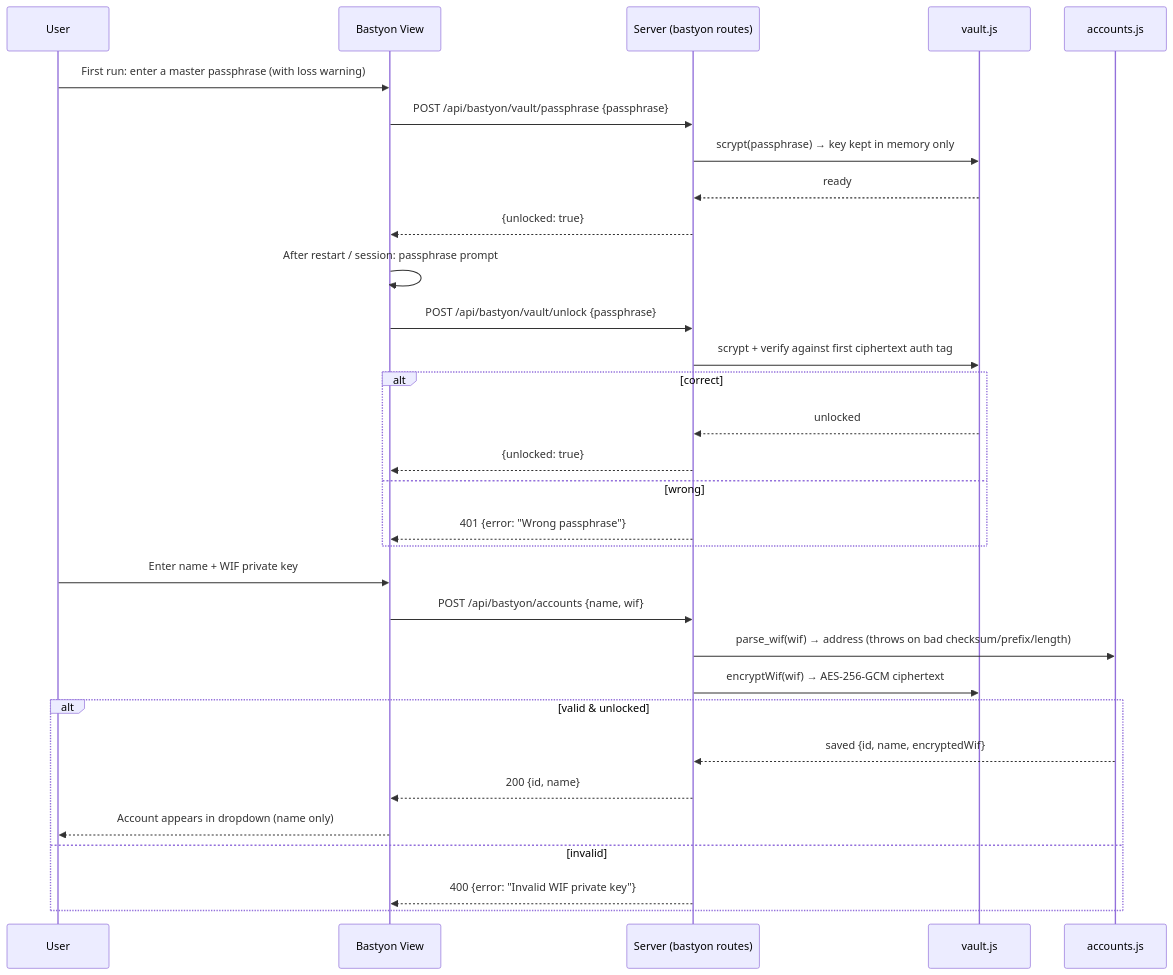
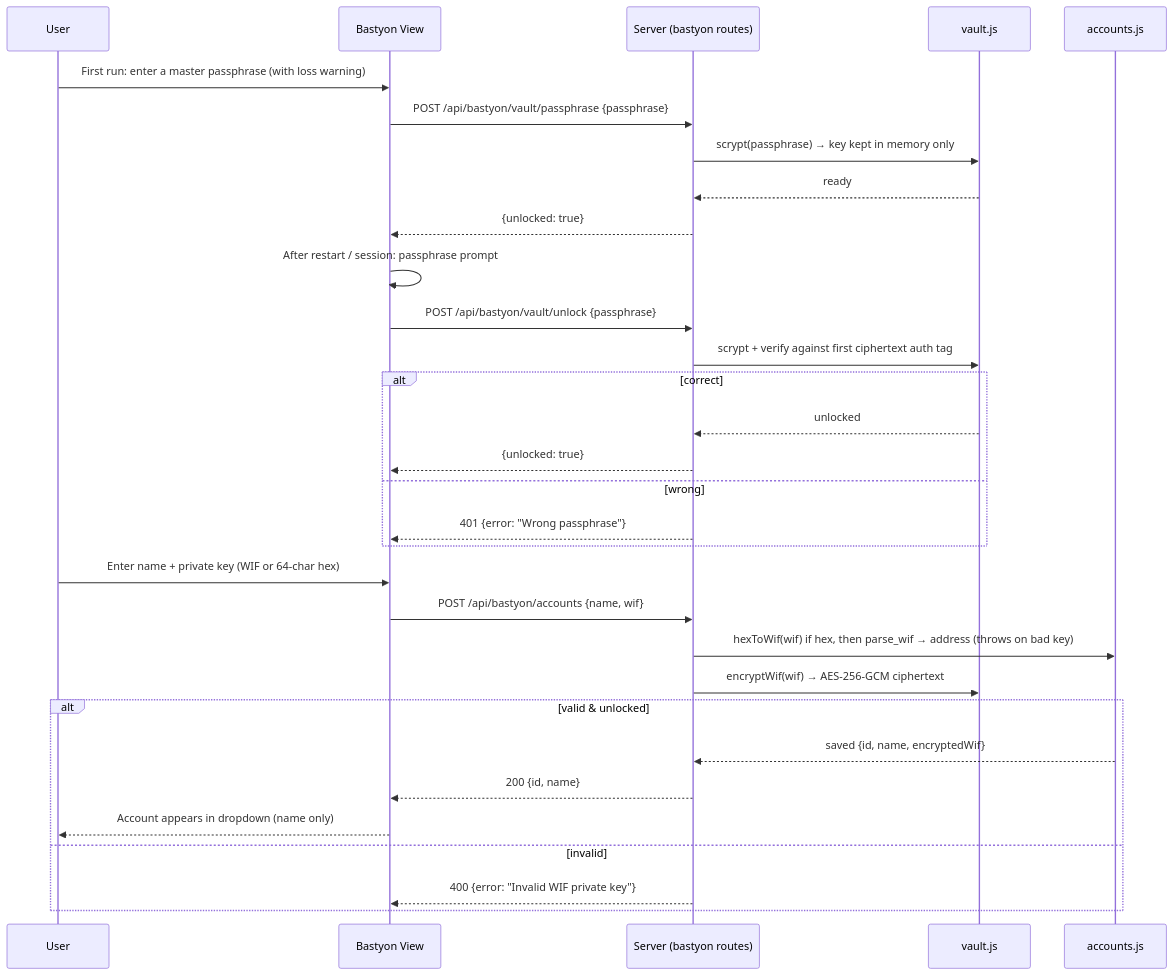
The first of 4 diagrams in docs/sdd/bastyon-integration/design.md (shahab00x/yt2gd), drawn with Mermaid before and after one commit. The commit also changed other lines of this file and 8 other files, not shown here.

````diff
--- a/docs/sdd/bastyon-integration/design.md
+++ b/docs/sdd/bastyon-integration/design.md
@@ -179,33 +180,33 @@
 ```mermaid
 sequenceDiagram
     participant U as User
     participant UI as Bastyon View
     participant S as Server (bastyon routes)
     participant V as vault.js
     participant A as accounts.js
     U->>UI: First run: enter a master passphrase (with loss warning)
     UI->>S: POST /api/bastyon/vault/passphrase {passphrase}
     S->>V: scrypt(passphrase) → key kept in memory only
     V-->>S: ready
     S-->>UI: {unlocked: true}
     UI->>UI: After restart / session: passphrase prompt
     UI->>S: POST /api/bastyon/vault/unlock {passphrase}
     S->>V: scrypt + verify against first ciphertext auth tag
     alt correct
         V-->>S: unlocked
         S-->>UI: {unlocked: true}
     else wrong
         S-->>UI: 401 {error: "Wrong passphrase"}
     end
-    U->>UI: Enter name + WIF private key
+    U->>UI: Enter name + private key (WIF or 64-char hex)
     UI->>S: POST /api/bastyon/accounts {name, wif}
-    S->>A: parse_wif(wif) → address (throws on bad checksum/prefix/length)
+    S->>A: hexToWif(wif) if hex, then parse_wif → address (throws on bad key)
     S->>V: encryptWif(wif) → AES-256-GCM ciphertext
     alt valid & unlocked
         A-->>S: saved {id, name, encryptedWif}
         S-->>UI: 200 {id, name}
         UI-->>U: Account appears in dropdown (name only)
     else invalid
         S-->>UI: 400 {error: "Invalid WIF private key"}
     end
 ```
````
